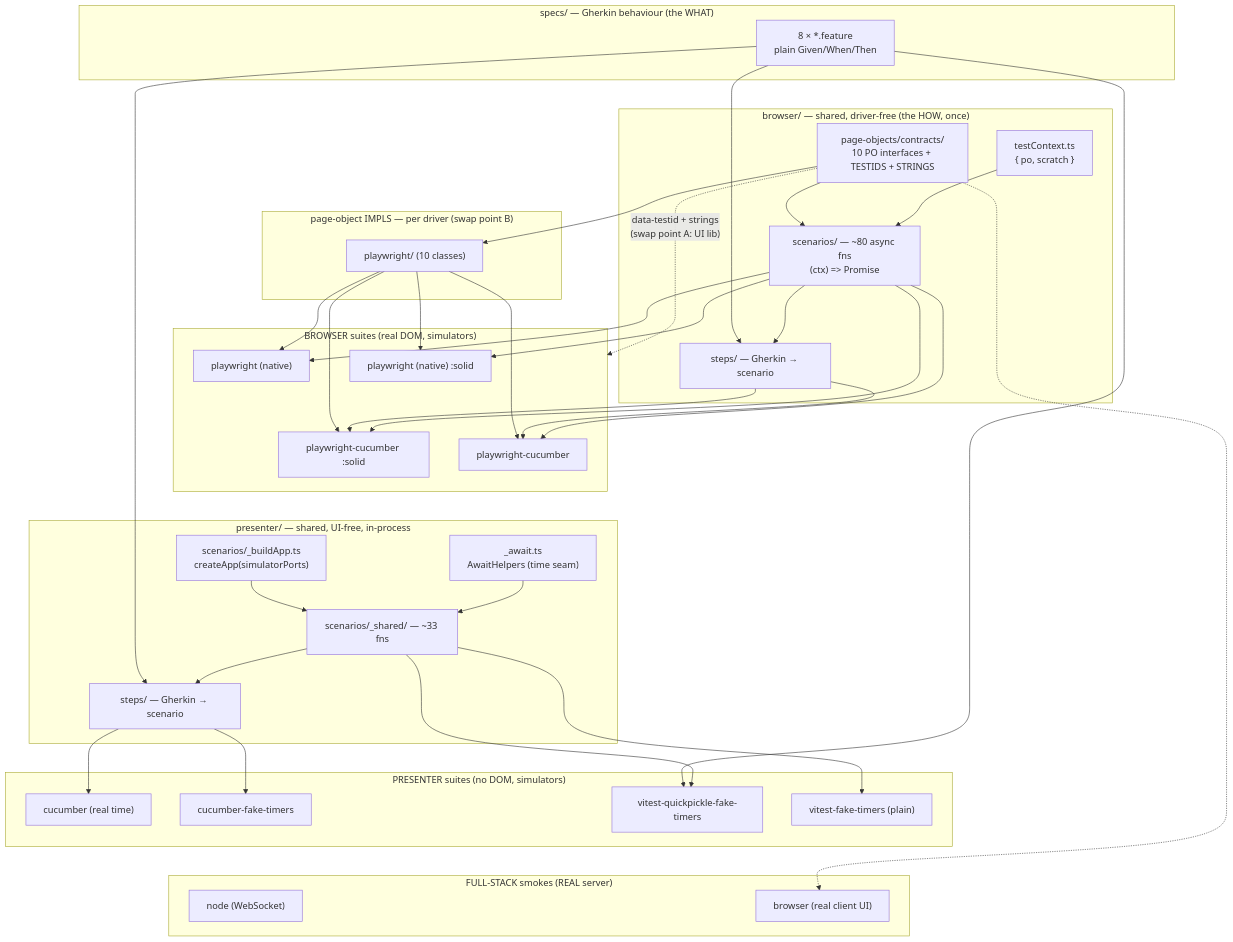
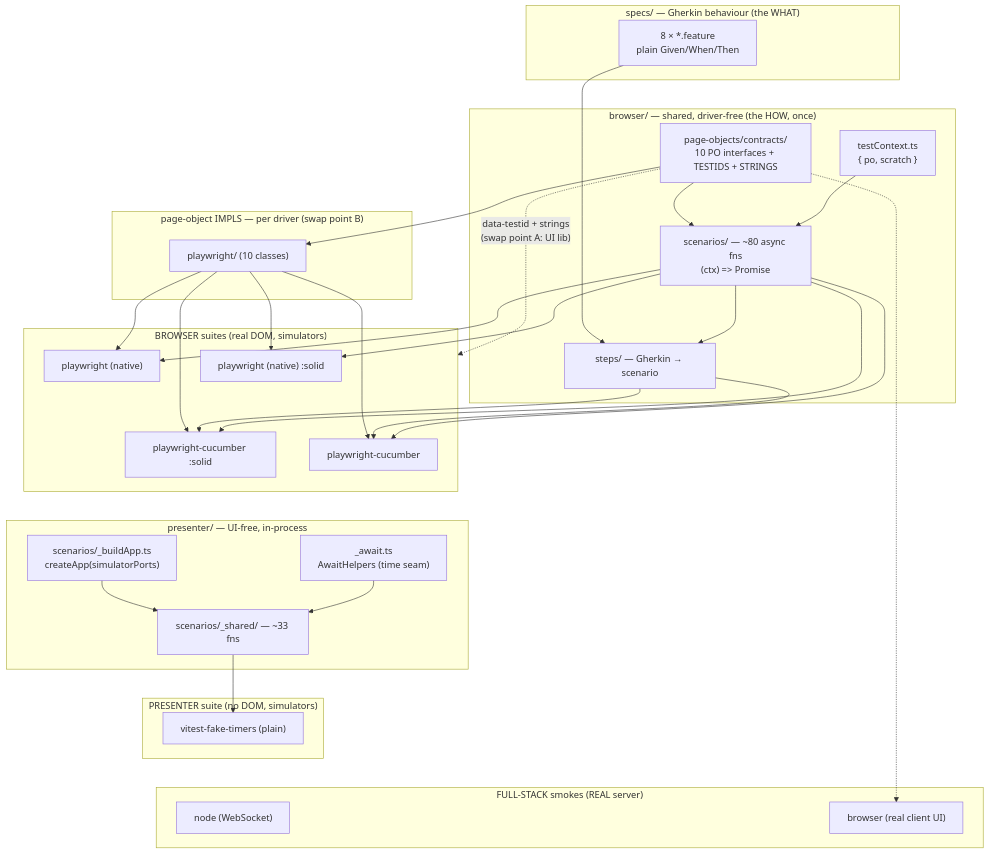
One commit to bettersoftware-io/ReactiveTraderCloudClone changed the diagram in tests/STRATEGY.md. Above: the diagram before and after it, drawn with Mermaid. The commit also changed other lines of this file and 48 other files, not shown here.

````diff
--- a/tests/STRATEGY.md
+++ b/tests/STRATEGY.md
@@ -167,11 +179,10 @@
         BCTX["testContext.ts<br/>{ po, scratch }"]
     end
 
-    subgraph PSHARED["presenter/ — shared, UI-free, in-process"]
+    subgraph PSHARED["presenter/ — UI-free, in-process"]
         BUILD["scenarios/_buildApp.ts<br/>createApp(simulatorPorts)"]
         PSCEN["scenarios/_shared/ — ~33 fns"]
         AWAIT["_await.ts<br/>AwaitHelpers (time seam)"]
-        PSTEPS["steps/ — Gherkin → scenario"]
     end
 
     subgraph DRV["page-object IMPLS — per driver (swap point B)"]
@@ -185,11 +196,8 @@
         B4["playwright-cucumber :solid"]
     end
 
-    subgraph PRES["PRESENTER suites (no DOM, simulators)"]
-        P1["cucumber (real time)"]
-        P2["cucumber-fake-timers"]
-        P3["vitest-quickpickle-fake-timers"]
-        P4["vitest-fake-timers (plain)"]
+    subgraph PRES["PRESENTER suite (no DOM, simulators)"]
+        P1["vitest-fake-timers (plain)"]
     end
 
     subgraph FS["FULL-STACK smokes (REAL server)"]
@@ -198,8 +206,6 @@
     end
 
     FEAT --> BSTEPS
-    FEAT --> PSTEPS
-    FEAT --> P3
     CONTRACTS --> BSCEN
     CONTRACTS --> PWPO
     BSCEN --> BSTEPS
@@ -218,11 +224,7 @@
 
     BUILD --> PSCEN
     AWAIT --> PSCEN
-    PSCEN --> PSTEPS
-    PSTEPS --> P1
-    PSTEPS --> P2
-    PSCEN --> P3
-    PSCEN --> P4
+    PSCEN --> P1
 
     CONTRACTS -. "data-testid + strings<br/>(swap point A: UI lib)" .-> BROWSER
     CONTRACTS -.-> F2
@@ -234,6 +236,5 @@
     B3 ~~~ B4
     B1 ~~~ BUILD
     B2 ~~~ AWAIT
-    P2 ~~~ F1
-    P3 ~~~ F2
+    P1 ~~~ F1
 ```
````
